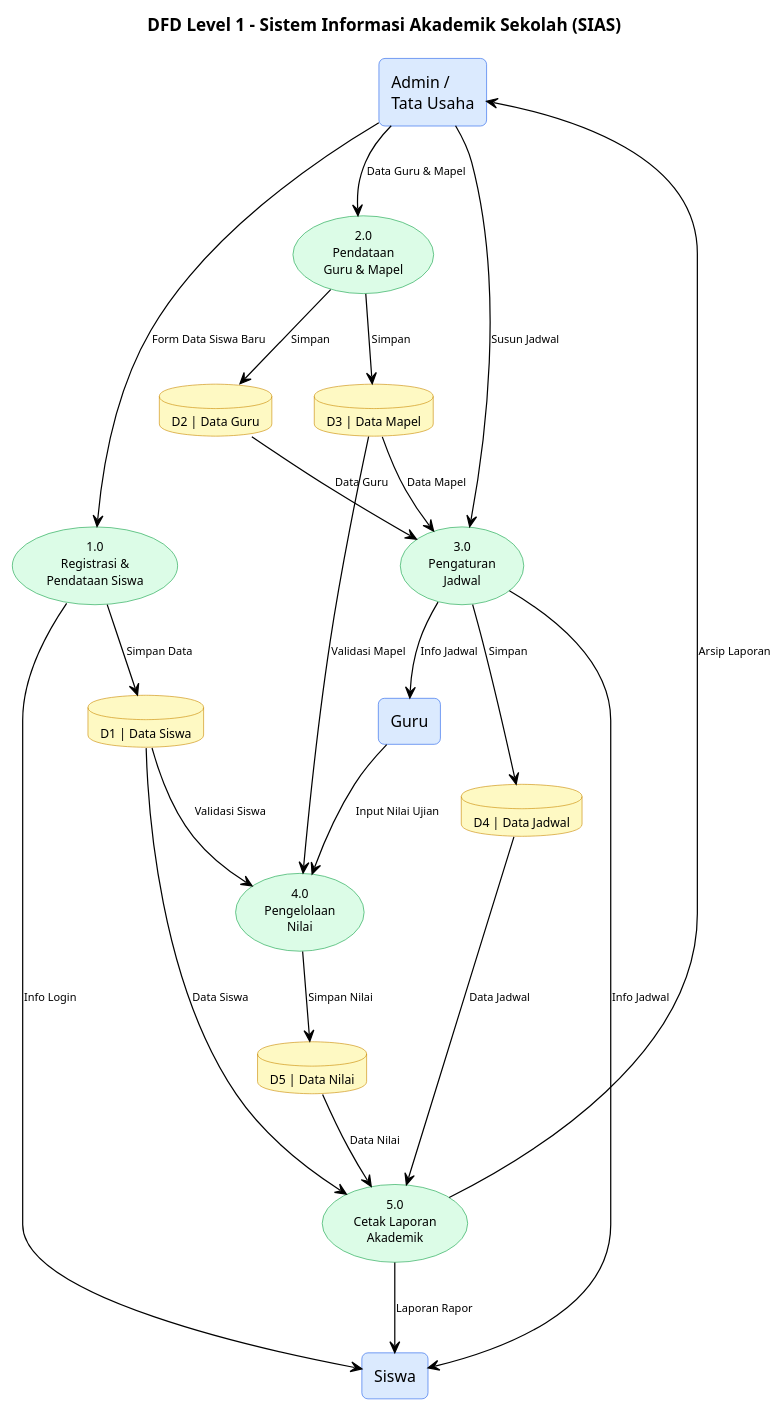
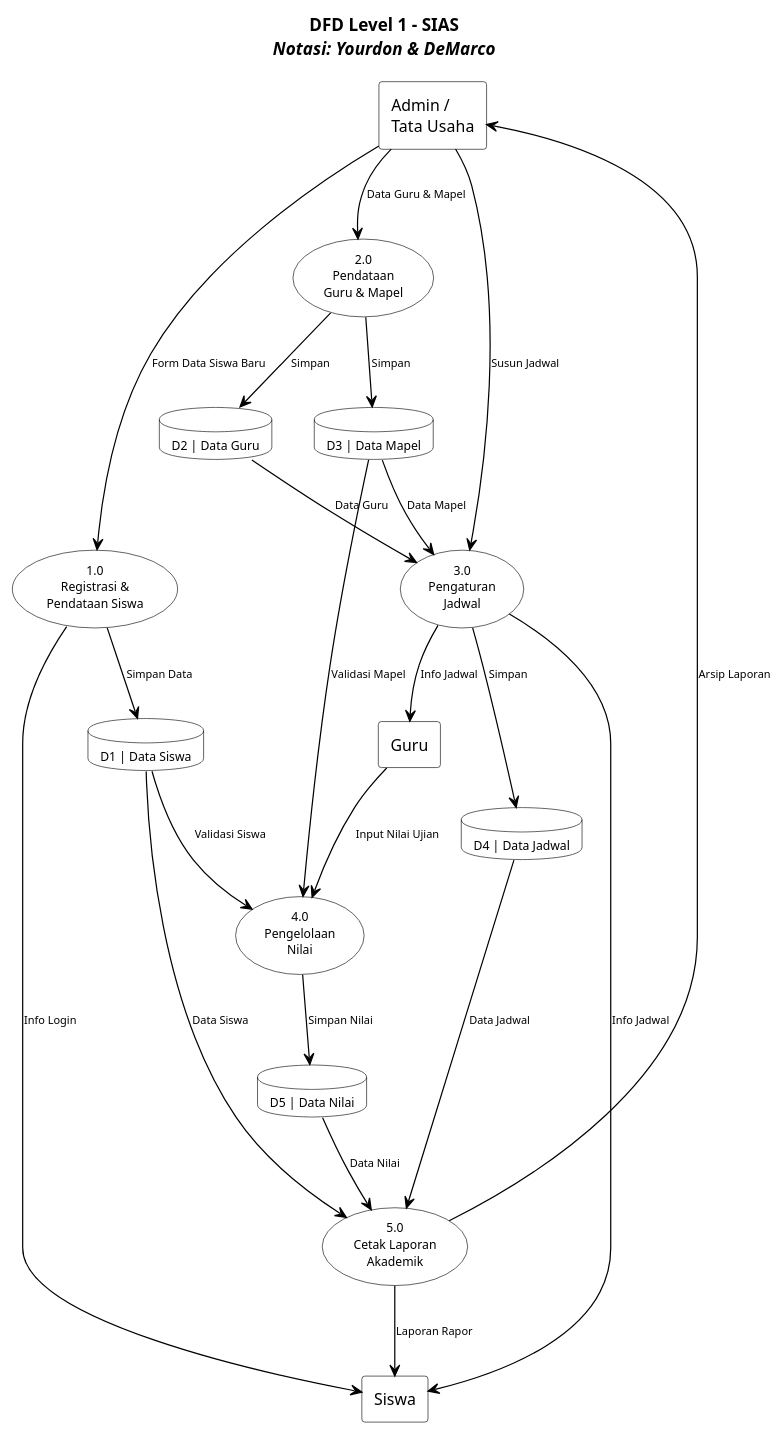
Before and after one commit to Aruh1/sias: the diagram in plantuml/dfd_level_1.puml, drawn with PlantUML. The commit also changed 15 other files, not shown here.

Commit message:
update to Yourdon/DeMarco

```diff
--- a/plantuml/dfd_level_1.puml
+++ b/plantuml/dfd_level_1.puml
@@ -1,86 +1,86 @@
 @startuml DFD_Level_1
 ' DFD Level 1 - Sistem Informasi Akademik Sekolah (SIAS)
+' Notasi: Yourdon & DeMarco
 
 skinparam backgroundColor white
 skinparam defaultFontColor black
 skinparam defaultFontName Arial
+skinparam monochrome true
 
-title **DFD Level 1 - Sistem Informasi Akademik Sekolah (SIAS)**
+title **DFD Level 1 - SIAS**\n//Notasi: Yourdon & DeMarco//
 
 skinparam rectangle {
-    BackgroundColor #dbeafe
-    BorderColor #2563eb
+    BackgroundColor white
+    BorderColor black
     FontSize 13
-    RoundCorner 10
 }
 
 skinparam usecase {
-    BackgroundColor #dcfce7
-    BorderColor #16a34a
+    BackgroundColor white
+    BorderColor black
     FontSize 10
 }
 
 skinparam database {
-    BackgroundColor #fef9c3
-    BorderColor #ca8a04
+    BackgroundColor white
+    BorderColor black
     FontSize 10
 }
 
 skinparam arrow {
     Color black
     FontColor black
     FontSize 9
 }
 
-' ── Entitas Eksternal ──
+' ── Entitas Eksternal (kotak persegi) ──
 rectangle "Admin /\nTata Usaha" as Admin
 rectangle "Siswa" as Siswa
 rectangle "Guru" as Guru
 
-' ── Proses ──
+' ── Proses (lingkaran / bubble) ──
 usecase "1.0\nRegistrasi &\nPendataan Siswa" as P1
 usecase "2.0\nPendataan\nGuru & Mapel" as P2
 usecase "3.0\nPengaturan\nJadwal" as P3
 usecase "4.0\nPengelolaan\nNilai" as P4
 usecase "5.0\nCetak Laporan\nAkademik" as P5
 
-' ── Data Store ──
+' ── Data Store (dua garis paralel) ──
 database "D1 | Data Siswa" as D1
 database "D2 | Data Guru" as D2
 database "D3 | Data Mapel" as D3
 database "D4 | Data Jadwal" as D4
 database "D5 | Data Nilai" as D5
 
-' ── Aliran Data ──
-' P1: Registrasi
+' ── P1: Registrasi ──
 Admin --> P1 : Form Data Siswa Baru
 P1 --> D1 : Simpan Data
 P1 --> Siswa : Info Login
 
-' P2: Pendataan Guru & Mapel
+' ── P2: Pendataan Guru & Mapel ──
 Admin --> P2 : Data Guru & Mapel
 P2 --> D2 : Simpan
 P2 --> D3 : Simpan
 
-' P3: Pengaturan Jadwal
+' ── P3: Pengaturan Jadwal ──
 Admin --> P3 : Susun Jadwal
 D2 --> P3 : Data Guru
 D3 --> P3 : Data Mapel
 P3 --> D4 : Simpan
 P3 --> Siswa : Info Jadwal
 P3 --> Guru : Info Jadwal
 
-' P4: Pengelolaan Nilai
+' ── P4: Pengelolaan Nilai ──
 Guru --> P4 : Input Nilai Ujian
 D1 --> P4 : Validasi Siswa
 D3 --> P4 : Validasi Mapel
 P4 --> D5 : Simpan Nilai
 
-' P5: Cetak Laporan
+' ── P5: Cetak Laporan ──
 D1 --> P5 : Data Siswa
 D4 --> P5 : Data Jadwal
 D5 --> P5 : Data Nilai
 P5 --> Siswa : Laporan Rapor
 P5 --> Admin : Arsip Laporan
 
 @enduml
```
